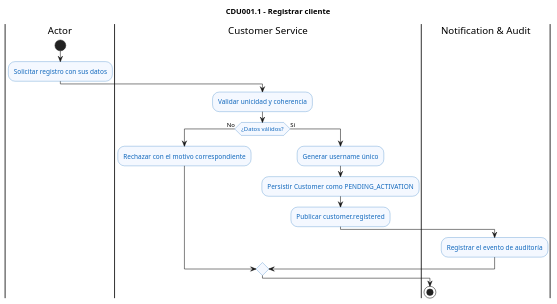
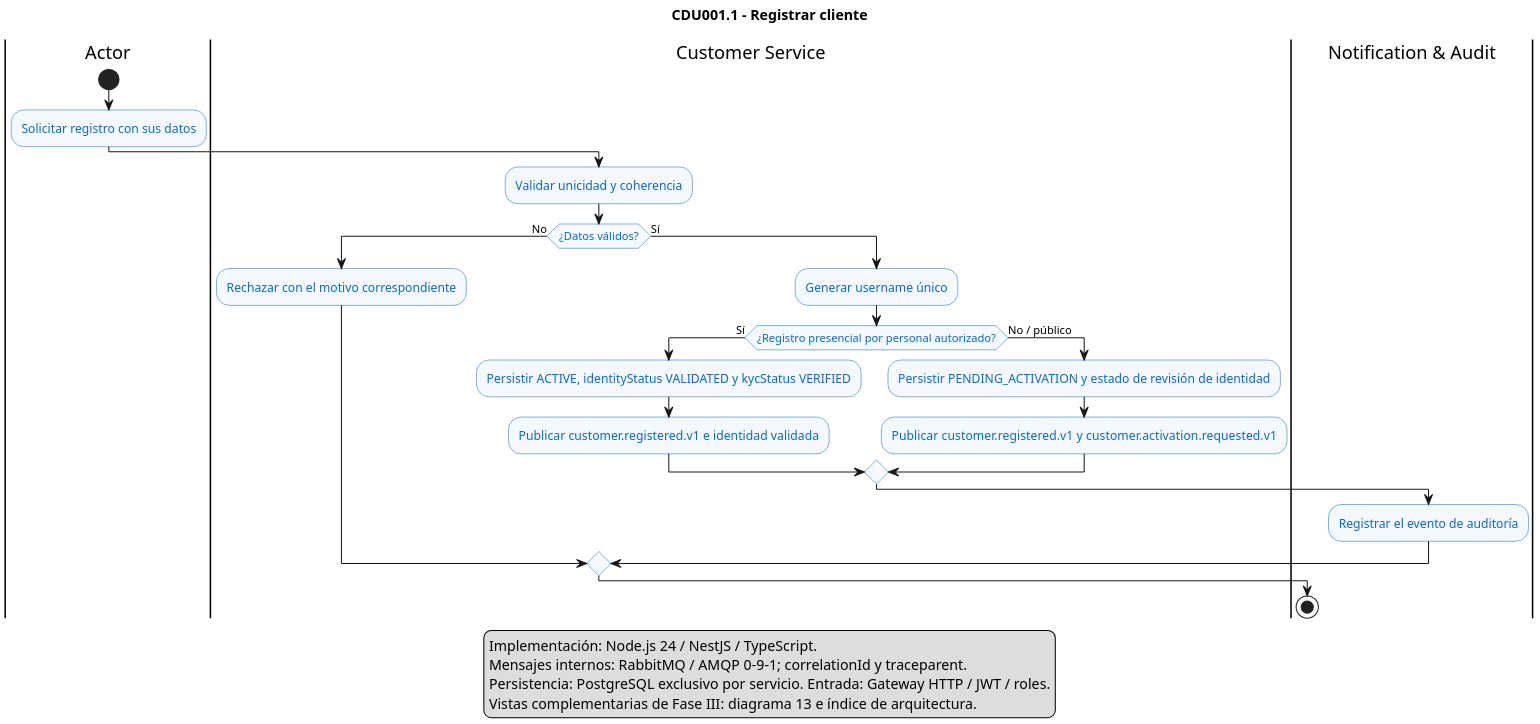
Before and after one commit to marcosbondel/Proyecto-SA-B-2: the diagram in docs/architecture/diagrams/cdu/customer/flujos/CDU001.1-registrar-cliente.puml, drawn with PlantUML. The commit also changed 74 other files, not shown here.

Commit message:
docs(cdu-er): actualizar casos de uso UML nativos, flujos de negocio y modelos ER fisicos

```diff
--- a/docs/architecture/diagrams/cdu/customer/flujos/CDU001.1-registrar-cliente.puml
+++ b/docs/architecture/diagrams/cdu/customer/flujos/CDU001.1-registrar-cliente.puml
@@ -1,26 +1,38 @@
 @startuml CDU001.1-registrar-cliente
 title CDU001.1 - Registrar cliente
 
 skinparam shadowing false
+skinparam dpi 180
 skinparam activity {
     BackgroundColor #F4F8FF
     BorderColor #1168BD
     FontColor #1168BD
 }
 
 |Actor|
 start
 :Solicitar registro con sus datos;
 |Customer Service|
 :Validar unicidad y coherencia;
 if (¿Datos válidos?) then (No)
     :Rechazar con el motivo correspondiente;
 else (Sí)
     :Generar username único;
-    :Persistir Customer como PENDING_ACTIVATION;
-    :Publicar customer.registered;
+    if (¿Registro presencial por personal autorizado?) then (Sí)
+        :Persistir ACTIVE, identityStatus VALIDATED y kycStatus VERIFIED;
+        :Publicar customer.registered.v1 e identidad validada;
+    else (No / público)
+        :Persistir PENDING_ACTIVATION y estado de revisión de identidad;
+        :Publicar customer.registered.v1 y customer.activation.requested.v1;
+    endif
     |Notification & Audit|
     :Registrar el evento de auditoría;
 endif
 stop
+legend bottom
+  Implementación: Node.js 24 / NestJS / TypeScript.
+  Mensajes internos: RabbitMQ / AMQP 0-9-1; correlationId y traceparent.
+  Persistencia: PostgreSQL exclusivo por servicio. Entrada: Gateway HTTP / JWT / roles.
+  Vistas complementarias de Fase III: diagrama 13 e índice de arquitectura.
+endlegend
 @enduml
```
